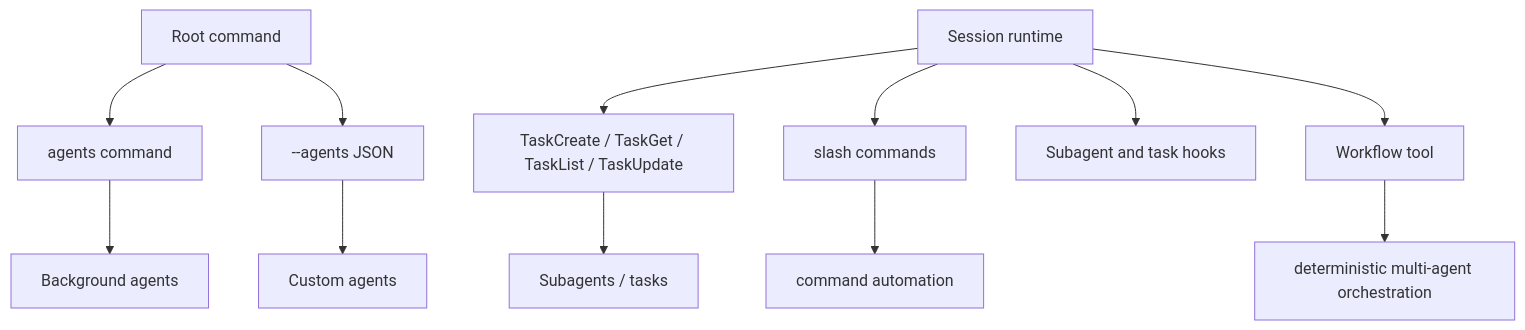
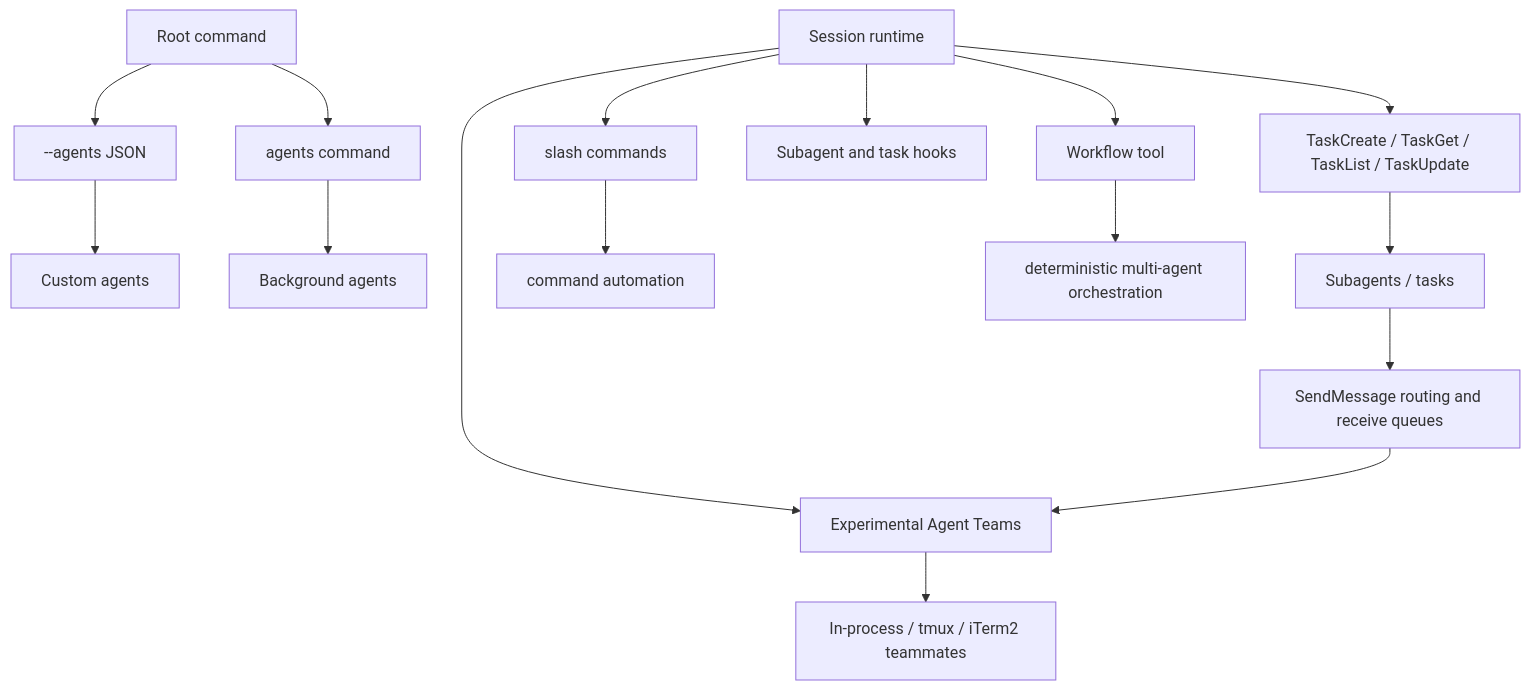
Before and after one commit to vibewatch/claude-code-internals: the diagram in docs/06-agents-automation/README.md, drawn with Mermaid. The commit also changed other lines of this file and 46 other files, not shown here.

First line of the commit message:
Add documentation for Agent Teams implementation

````diff
--- a/docs/06-agents-automation/README.md
+++ b/docs/06-agents-automation/README.md
@@ -18,14 +18,18 @@
 ```mermaid
 flowchart TD
     Root[Root command] --> AgentsCmd[agents command]
     Root --> AgentsFlag[--agents JSON]
     Runtime[Session runtime] --> TaskTools[TaskCreate / TaskGet / TaskList / TaskUpdate]
     Runtime --> Slash[slash commands]
     Runtime --> Hooks[Subagent and task hooks]
     AgentsFlag --> Custom[Custom agents]
     AgentsCmd --> Background[Background agents]
     TaskTools --> Subagents[Subagents / tasks]
+    Subagents --> Messages[SendMessage routing and receive queues]
+    Runtime --> Teams[Experimental Agent Teams]
+    Messages --> Teams
+    Teams --> Teammates[In-process / tmux / iTerm2 teammates]
     Slash --> Automation[command automation]
     Runtime --> Workflow[Workflow tool]
     Workflow --> Orchestration[deterministic multi-agent orchestration]
 ```
````
